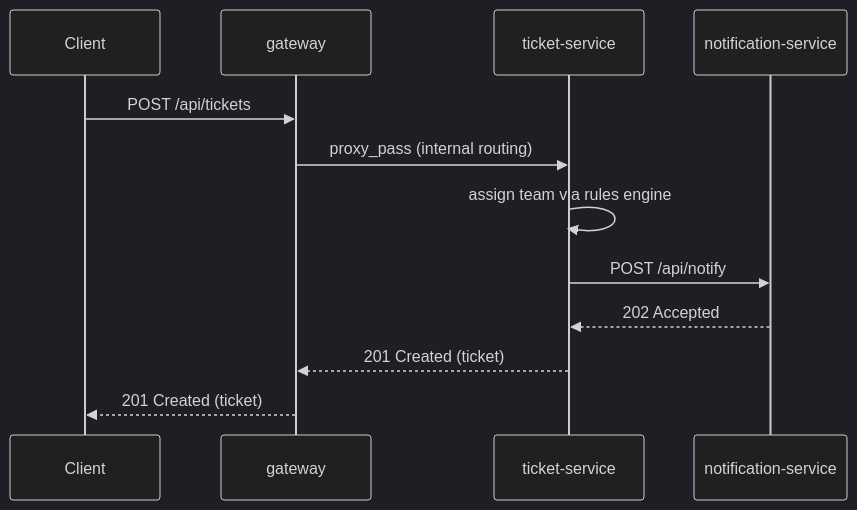
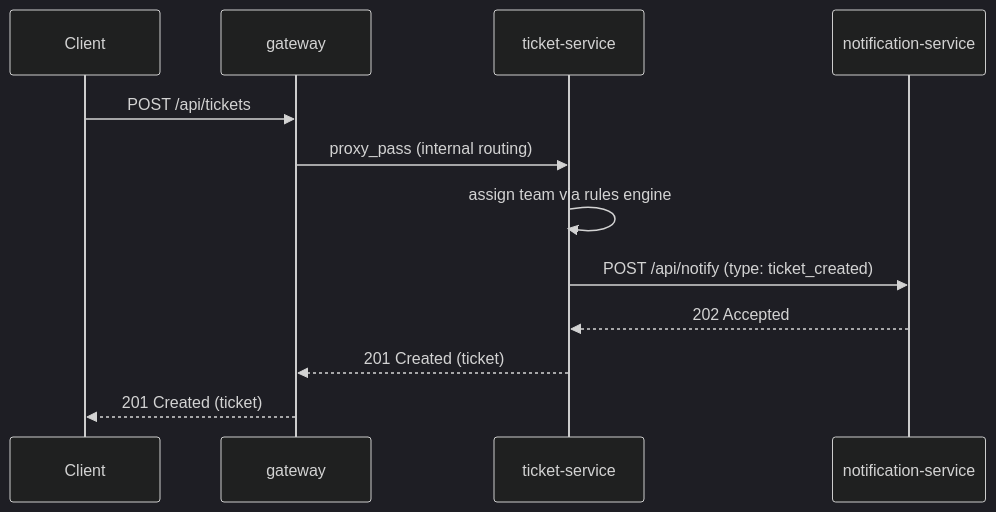
One commit to chetankd10/Heroku-Docker-Microservices changed the second of 2 diagrams in README.md. Above: the diagram before and after it, drawn with Mermaid (dark theme). The commit also changed other lines of this file and 3 other files, not shown here.

````diff
--- a/README.md
+++ b/README.md
@@ -58,15 +85,15 @@
 ```mermaid
 sequenceDiagram
     participant C as Client
     participant G as gateway
     participant T as ticket-service
     participant N as notification-service
 
     C->>G: POST /api/tickets
     G->>T: proxy_pass (internal routing)
     T->>T: assign team via rules engine
-    T->>N: POST /api/notify
+    T->>N: POST /api/notify (type: ticket_created)
     N-->>T: 202 Accepted
     T-->>G: 201 Created (ticket)
     G-->>C: 201 Created (ticket)
 ```
````
